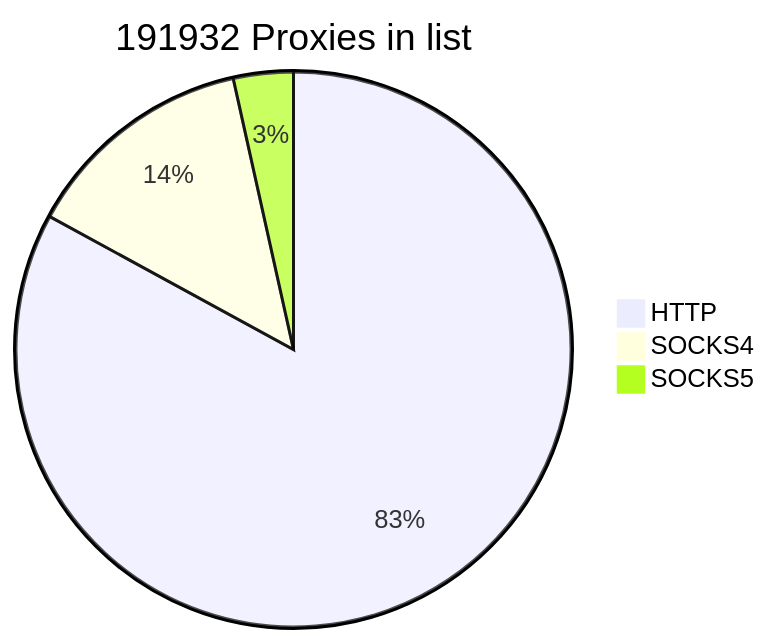
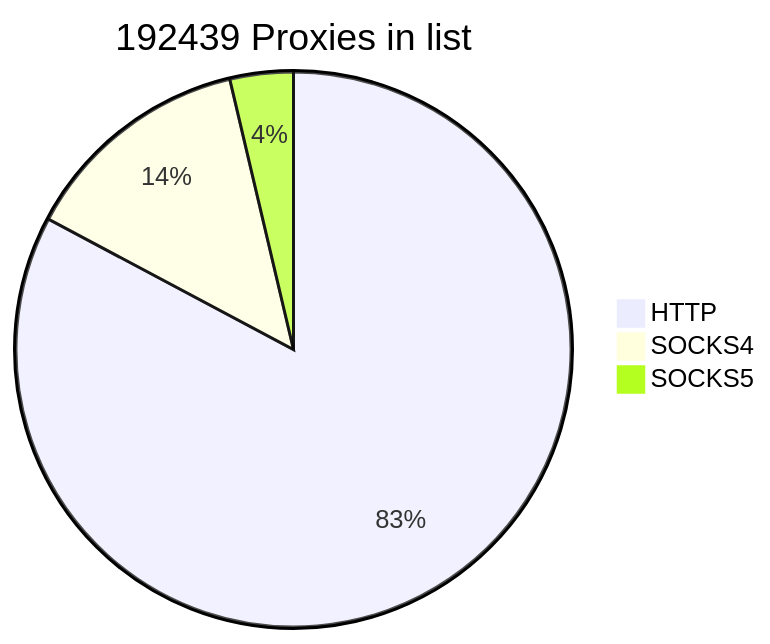
Before and after one commit to cutipu/proxylist: the first of 2 diagrams in README.md, drawn with Mermaid. The commit also changed other lines of this file, not shown here.

````diff
--- a/README.md
+++ b/README.md
@@ -2,7 +2,7 @@
 ```mermaid
-pie title 191932 Proxies in list
-    "HTTP" : 159202
+pie title 192439 Proxies in list
+    "HTTP" : 159302
     "SOCKS4" : 26046
-    "SOCKS5" : 6684
+    "SOCKS5" : 7091
             
 ```
````
